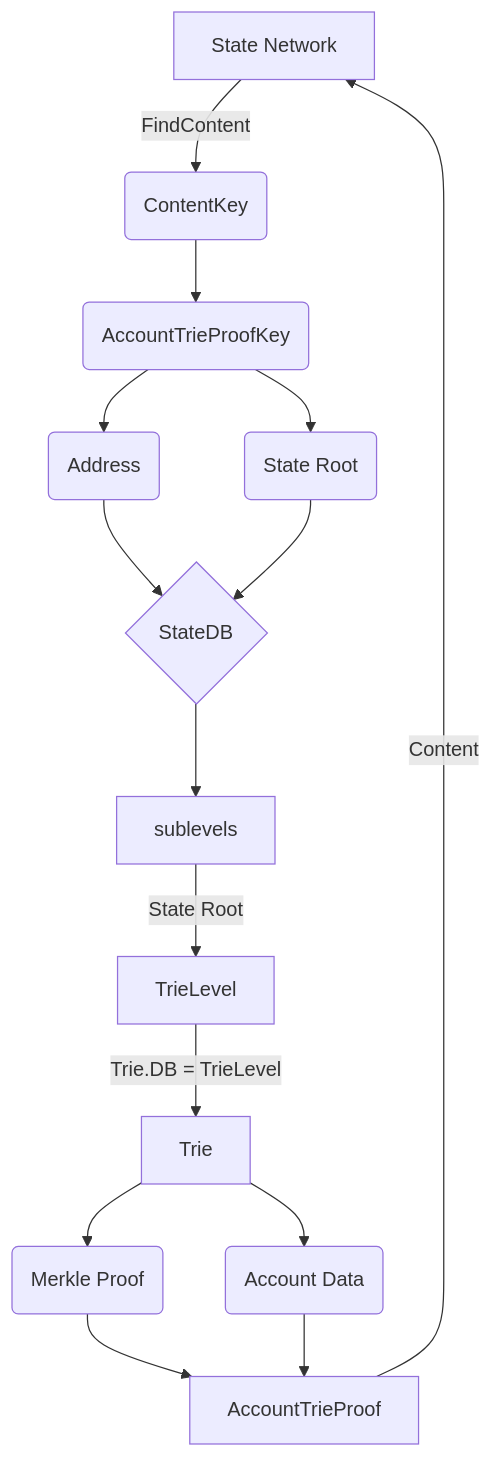
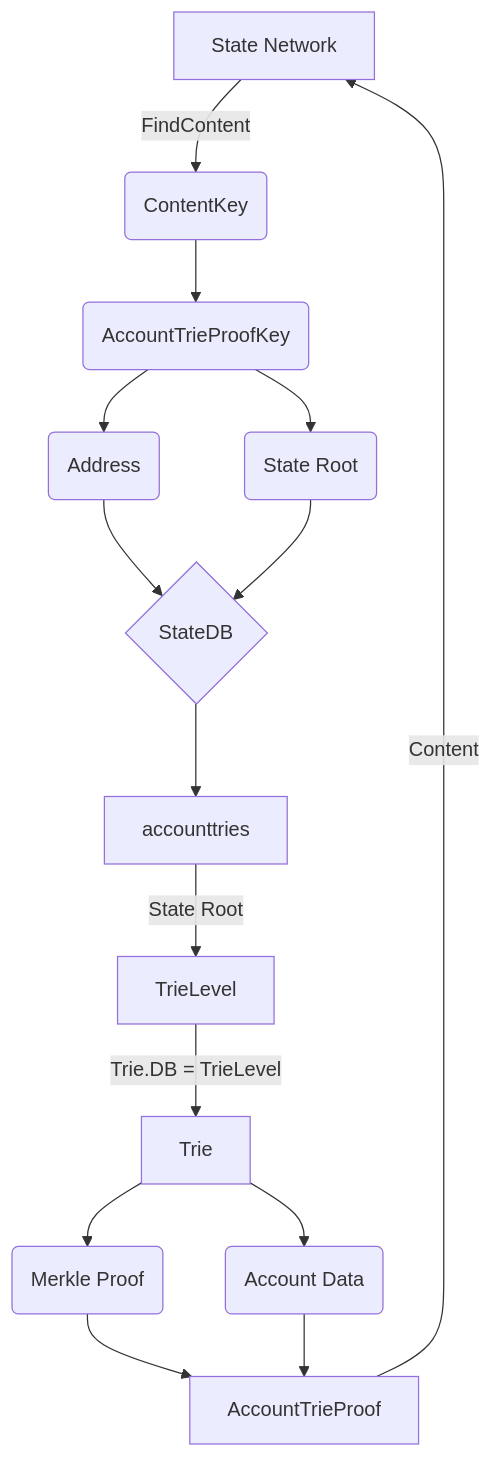
One commit to ethereumjs/ultralight changed the third of 3 diagrams in packages/portalnetwork/diagrams/STATE_DB.md. Above: the diagram before and after it, drawn with Mermaid. The commit also changed other lines of this file, not shown here.

Commit message:
update diagram

````diff
--- a/packages/portalnetwork/diagrams/STATE_DB.md
+++ b/packages/portalnetwork/diagrams/STATE_DB.md
@@ -76,24 +84,24 @@
 ```mermaid
 flowchart TD
-    Network[State Network] 
+    Network[State Network]
     StateDB{StateDB}
     ACC(Account Data)
     PROOF(Merkle Proof)
     ATPK(AccountTrieProofKey)
     KEY(ContentKey)
     KEY --> ATPK
     Network -->|FindContent| KEY
     ATPK --> ADD(Address)
     ATPK --> ROOT(State Root)
     ADD --> StateDB
     ROOT --> StateDB
-    StateDB --> Subs[sublevels]
+    StateDB --> Subs[accounttries]
     Subs --> |State Root| Sub[TrieLevel]
     Sub --> |Trie.DB = TrieLevel| Trie[Trie]
     Trie --> ACC
     Trie --> PROOF
     PROOF --> ATP[AccountTrieProof]
     ACC --> ATP
     ATP --> |Content|Network
 
 ```
````
